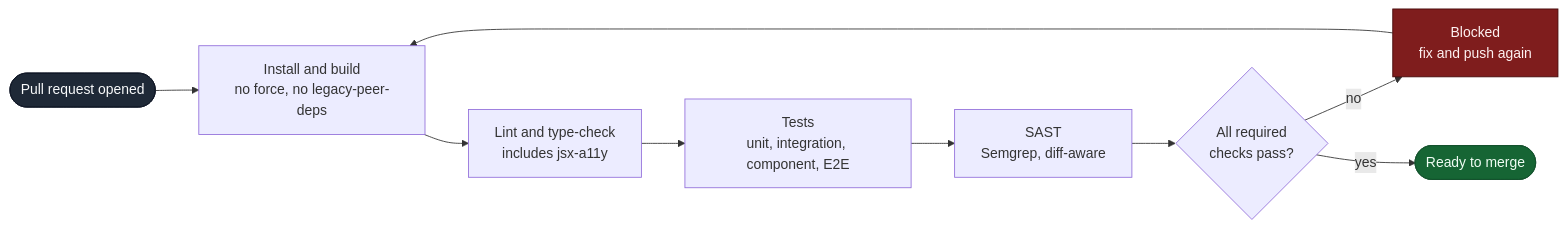
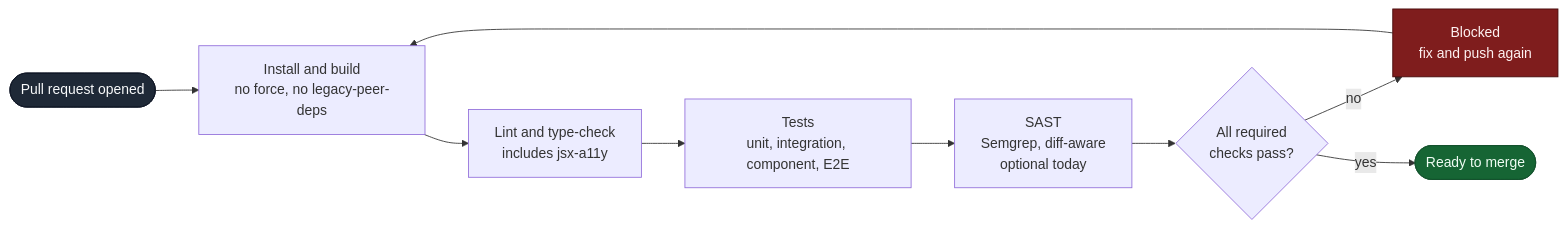
Before and after one commit to Dotfusion/engineering-docs: the first of 2 diagrams in delivery/ci-cd.md, drawn with Mermaid. The commit also changed other lines of this file and 8 other files, not shown here.

Commit message:
Correct handbook: SAST is optional today, not a required CI gate

````diff
--- a/delivery/ci-cd.md
+++ b/delivery/ci-cd.md
@@ -29,15 +29,15 @@
 ```mermaid
 flowchart LR
     PR(["Pull request opened"]) --> I["Install and build<br/>no force, no legacy-peer-deps"]
     I --> L["Lint and type-check<br/>includes jsx-a11y"]
     L --> T["Tests<br/>unit, integration, component, E2E"]
-    T --> S["SAST<br/>Semgrep, diff-aware"]
+    T --> S["SAST<br/>Semgrep, diff-aware<br/>optional today"]
     S --> D{"All required<br/>checks pass?"}
     D -->|"no"| X["Blocked<br/>fix and push again"]
     D -->|"yes"| M(["Ready to merge"])
     X --> I
 
     style PR fill:#1f2937,stroke:#111827,color:#f9fafb
     style M fill:#166534,stroke:#14532d,color:#f0fdf4
     style X fill:#7f1d1d,stroke:#450a0a,color:#fef2f2
 ```
````
